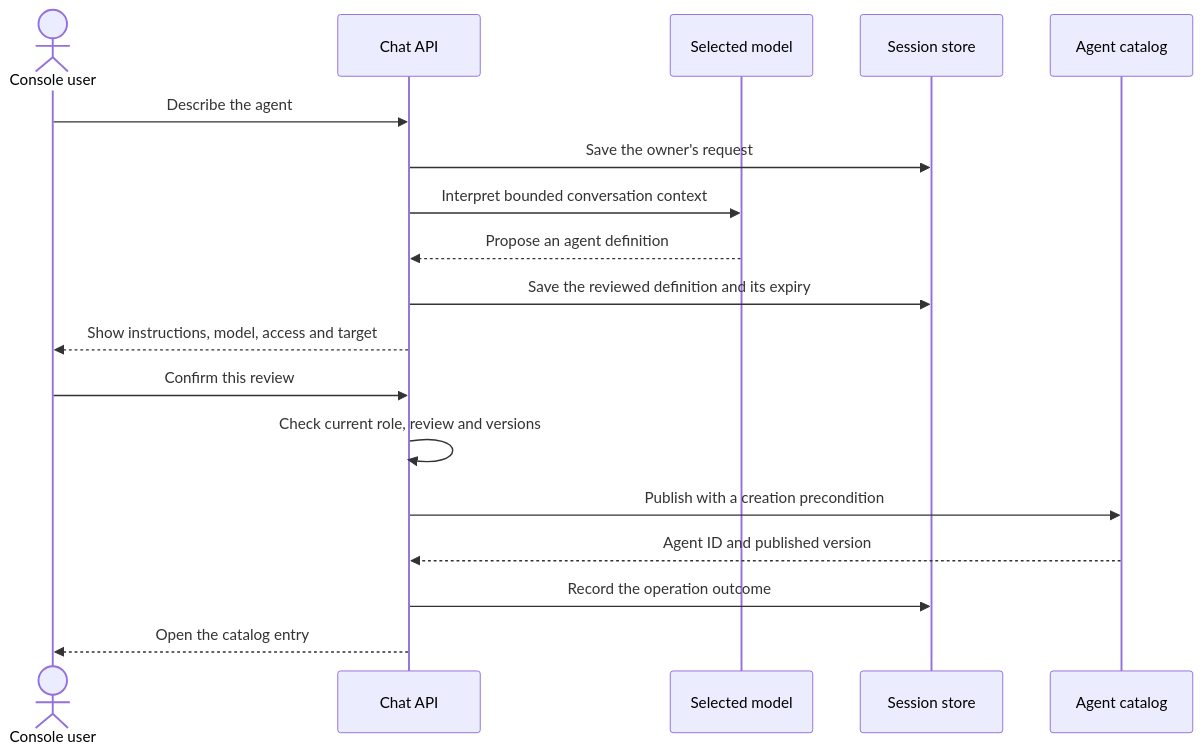
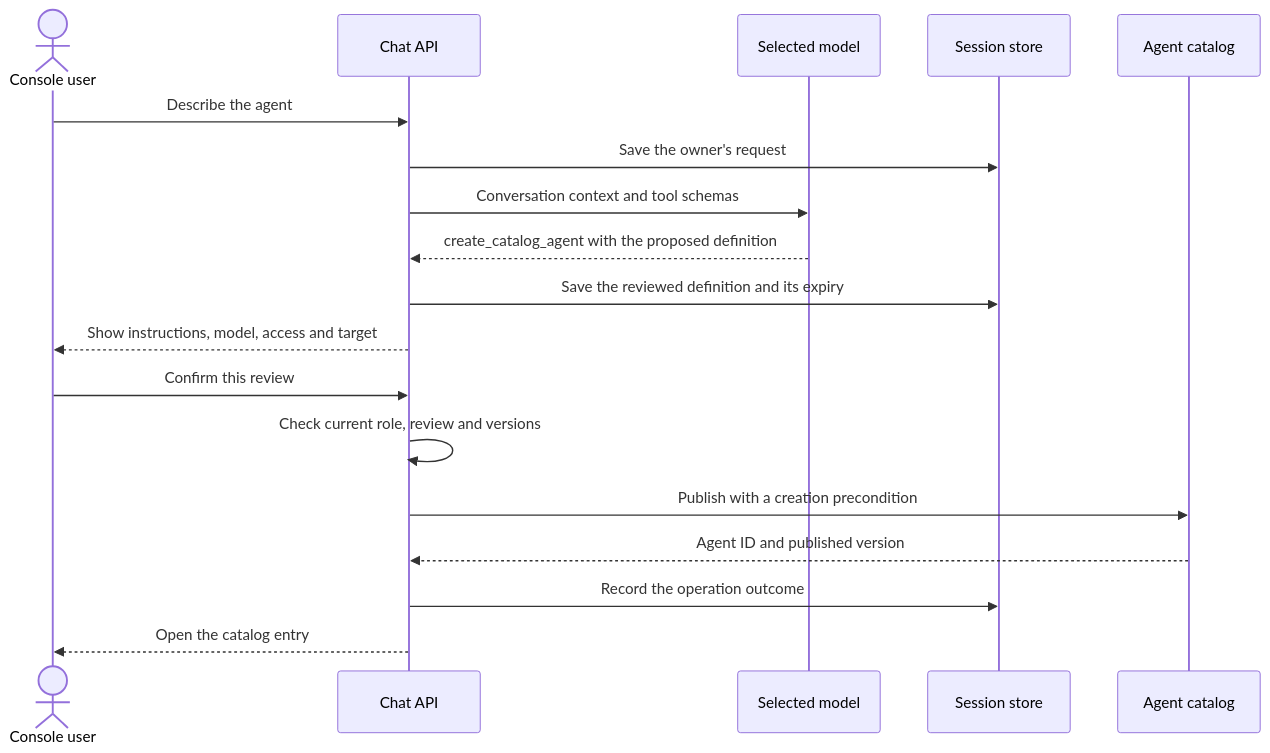
One commit to woliveiras/weft changed diagram 11 of 12 in docs/diagrams/sequences.md. Above: the diagram before and after it, drawn with Mermaid. The commit also changed 11 other files, not shown here.

````diff
--- a/docs/diagrams/sequences.md
+++ b/docs/diagrams/sequences.md
@@ -285,20 +285,20 @@
 ```mermaid
 sequenceDiagram
   actor U as Console user
   participant C as Chat API
   participant M as Selected model
   participant S as Session store
   participant A as Agent catalog
   U->>C: Describe the agent
   C->>S: Save the owner's request
-  C->>M: Interpret bounded conversation context
-  M-->>C: Propose an agent definition
+  C->>M: Conversation context and tool schemas
+  M-->>C: create_catalog_agent with the proposed definition
   C->>S: Save the reviewed definition and its expiry
   C-->>U: Show instructions, model, access and target
   U->>C: Confirm this review
   C->>C: Check current role, review and versions
   C->>A: Publish with a creation precondition
   A-->>C: Agent ID and published version
   C->>S: Record the operation outcome
   C-->>U: Open the catalog entry
 ```
````
